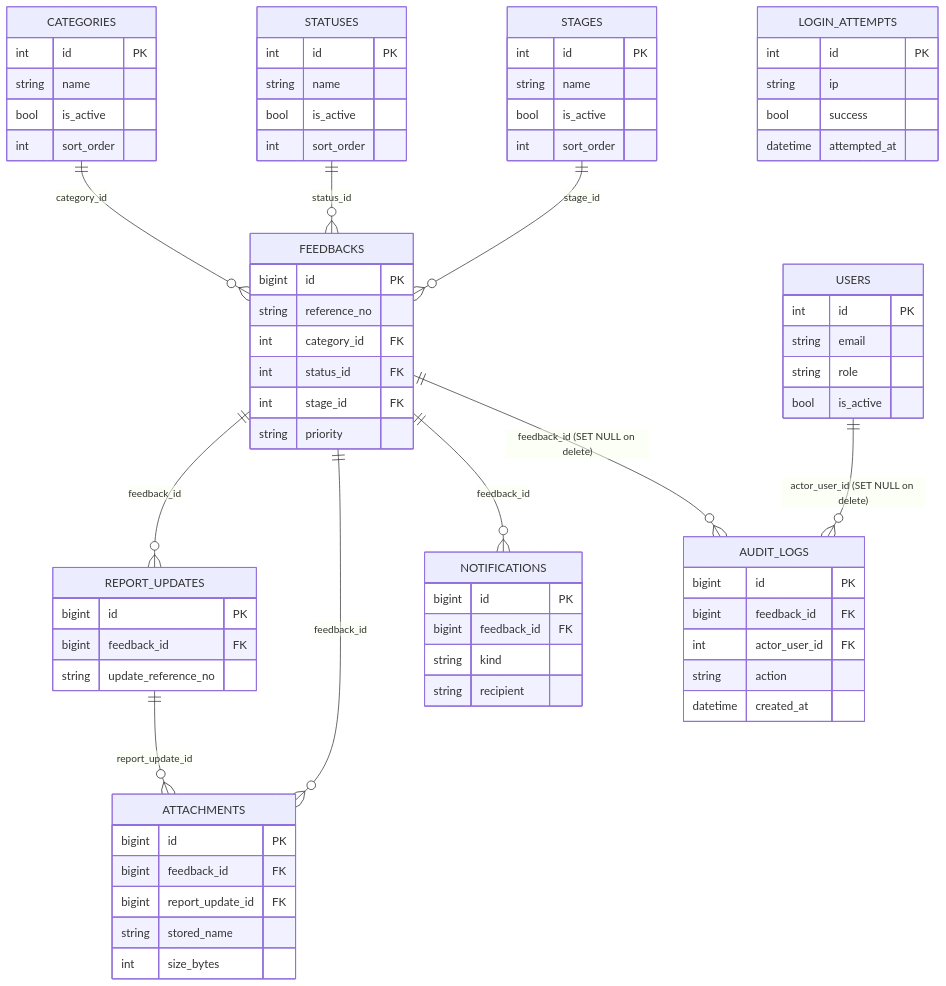
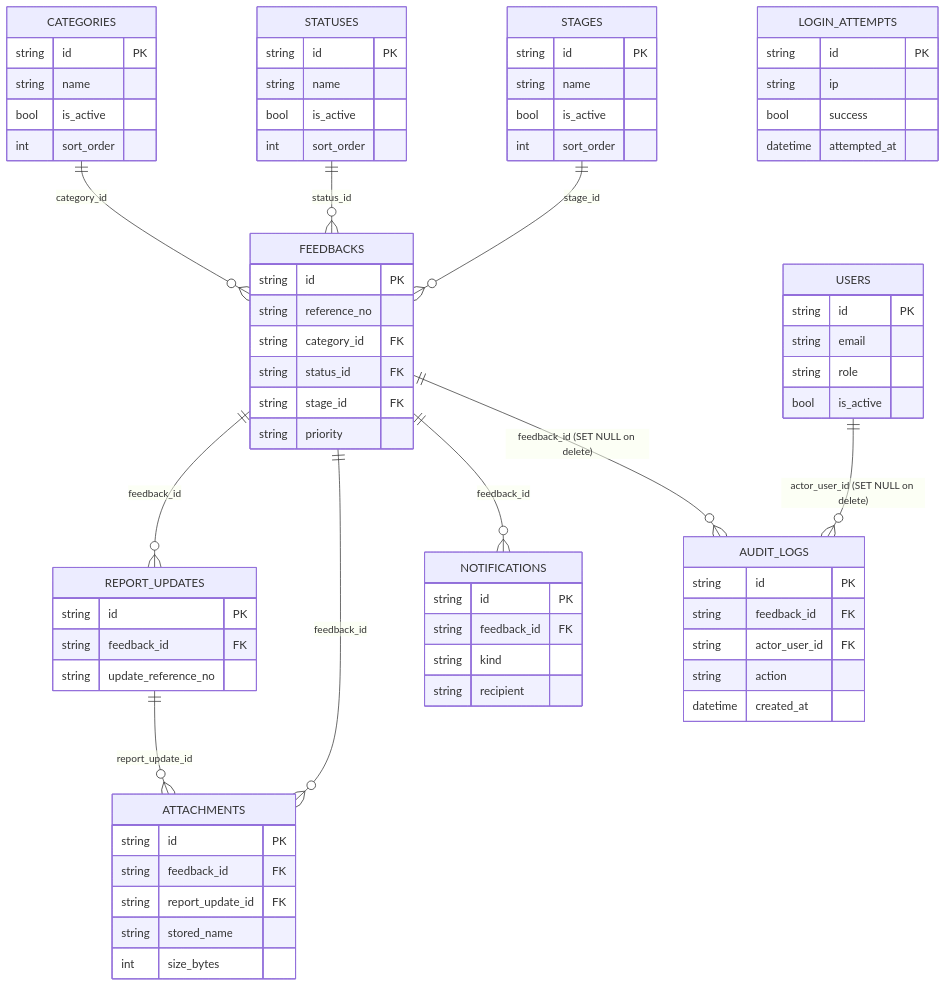
The third of 4 diagrams in TECHNICAL_DESIGN.md (siya24/AnonymousFeedbackTool), drawn with Mermaid before and after one commit. The commit also changed other lines of this file and 1 other file, not shown here.

Commit message:
docs: align technical design with CHAR(36) schema

````diff
--- a/TECHNICAL_DESIGN.md
+++ b/TECHNICAL_DESIGN.md
@@ -140,76 +139,76 @@
 ```mermaid
 erDiagram
   CATEGORIES ||--o{ FEEDBACKS : "category_id"
   STATUSES ||--o{ FEEDBACKS : "status_id"
   STAGES ||--o{ FEEDBACKS : "stage_id"
   FEEDBACKS ||--o{ REPORT_UPDATES : "feedback_id"
   FEEDBACKS ||--o{ ATTACHMENTS : "feedback_id"
   REPORT_UPDATES ||--o{ ATTACHMENTS : "report_update_id"
   FEEDBACKS ||--o{ NOTIFICATIONS : "feedback_id"
   FEEDBACKS ||--o{ AUDIT_LOGS : "feedback_id (SET NULL on delete)"
   USERS ||--o{ AUDIT_LOGS : "actor_user_id (SET NULL on delete)"
 
   CATEGORIES {
-    int id PK
+    string id PK
     string name
     bool is_active
     int sort_order
   }
   STATUSES {
-    int id PK
+    string id PK
     string name
     bool is_active
     int sort_order
   }
   STAGES {
-    int id PK
+    string id PK
     string name
     bool is_active
     int sort_order
   }
   FEEDBACKS {
-    bigint id PK
+    string id PK
     string reference_no
-    int category_id FK
-    int status_id FK
-    int stage_id FK
+    string category_id FK
+    string status_id FK
+    string stage_id FK
     string priority
   }
   REPORT_UPDATES {
-    bigint id PK
-    bigint feedback_id FK
+    string id PK
+    string feedback_id FK
     string update_reference_no
   }
   ATTACHMENTS {
-    bigint id PK
-    bigint feedback_id FK
-    bigint report_update_id FK
+    string id PK
+    string feedback_id FK
+    string report_update_id FK
     string stored_name
     int size_bytes
   }
   NOTIFICATIONS {
-    bigint id PK
-    bigint feedback_id FK
+    string id PK
+    string feedback_id FK
     string kind
     string recipient
   }
   AUDIT_LOGS {
-    bigint id PK
-    bigint feedback_id FK
-    int actor_user_id FK
+    string id PK
+    string feedback_id FK
+    string actor_user_id FK
     string action
     datetime created_at
   }
   USERS {
-    int id PK
+    string id PK
     string email
     string role
     bool is_active
   }
   LOGIN_ATTEMPTS {
-    int id PK
+    string id PK
     string ip
     bool success
     datetime attempted_at
   }
 ```
````
